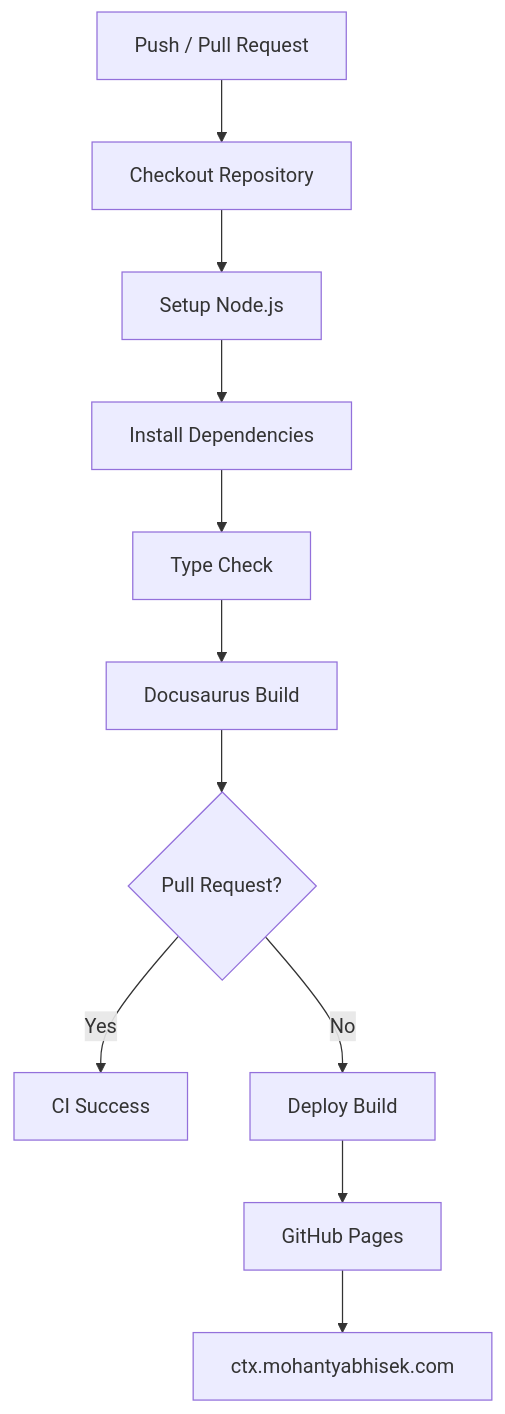
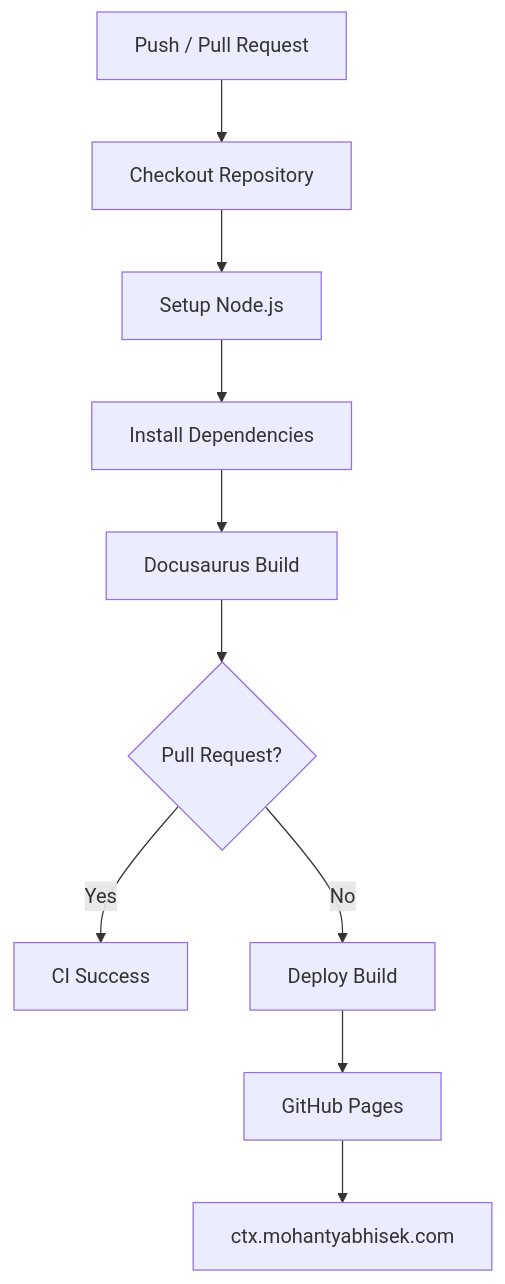
The first of 2 diagrams in README.md (abhisekmohantychinua/ctx-cli-docs), drawn with Mermaid before and after one commit. The commit also changed other lines of this file and 4 other files, not shown here.

````diff
--- a/README.md
+++ b/README.md
@@ -821,23 +831,21 @@
 ```mermaid
 flowchart TD
 
 A[Push / Pull Request] --> B[Checkout Repository]
 
 B --> C[Setup Node.js]
 
 C --> D[Install Dependencies]
 
-D --> E[Type Check]
+D --> E[Docusaurus Build]
 
-E --> F[Docusaurus Build]
+E --> F{Pull Request?}
 
-F --> G{Pull Request?}
+F -->|Yes| G[CI Success]
 
-G -->|Yes| H[CI Success]
+F -->|No| H[Deploy Build]
 
-G -->|No| I[Deploy Build]
+H --> I[GitHub Pages]
 
-I --> J[GitHub Pages]
-
-J --> K[ctx.mohantyabhisek.com]
+I --> J[ctx.mohantyabhisek.com]
 ```
````
